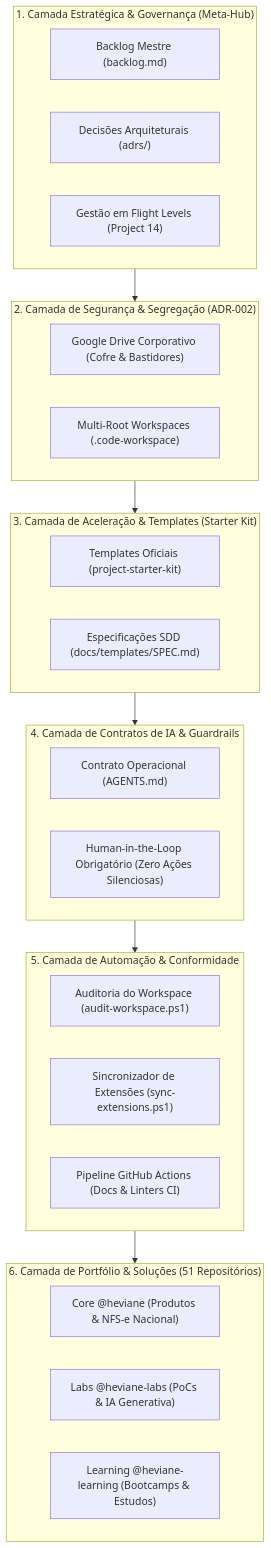
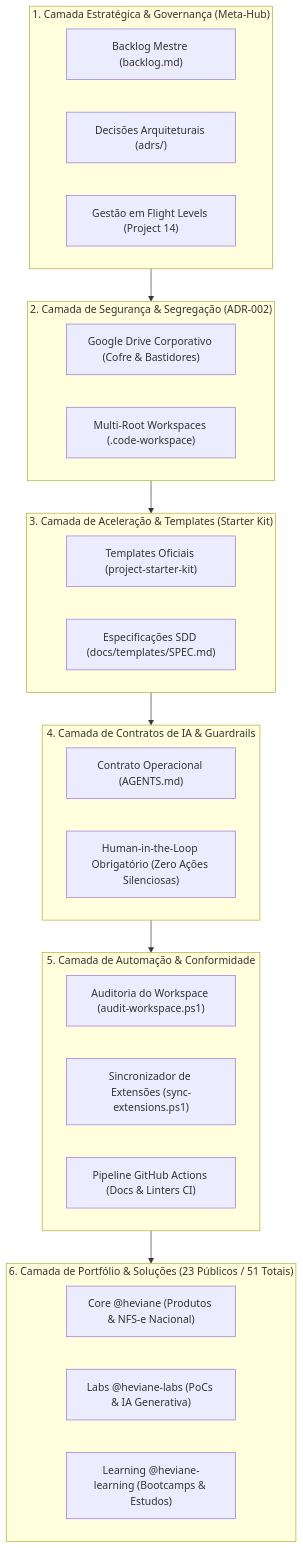
Before and after one commit to heviane/heviane: the diagram in meta-hub/adrs/003-formalizacao-arquitetura-ai-sep.md, drawn with Mermaid. The commit also changed 2 other files, not shown here.

Commit message:
docs(governance): align portfolio counts, sanitize mermaid diagrams and update backlog status

````diff
--- a/meta-hub/adrs/003-formalizacao-arquitetura-ai-sep.md
+++ b/meta-hub/adrs/003-formalizacao-arquitetura-ai-sep.md
@@ -36,41 +36,41 @@
 ```mermaid
 flowchart TD
     subgraph L1 ["1. Camada Estratégica & Governança (Meta-Hub)"]
         Backlog["Backlog Mestre (backlog.md)"]
         ADRs["Decisões Arquiteturais (adrs/)"]
         FlightLevels["Gestão em Flight Levels (Project 14)"]
     end
 
     subgraph L2 ["2. Camada de Segurança & Segregação (ADR-002)"]
         GDrive["Google Drive Corporativo (Cofre & Bastidores)"]
         MultiRoot["Multi-Root Workspaces (.code-workspace)"]
     end
 
     subgraph L3 ["3. Camada de Aceleração & Templates (Starter Kit)"]
         Templates["Templates Oficiais (project-starter-kit)"]
         SpecTemplate["Especificações SDD (docs/templates/SPEC.md)"]
     end
 
     subgraph L4 ["4. Camada de Contratos de IA & Guardrails"]
         AgentsContract["Contrato Operacional (AGENTS.md)"]
         HITL["Human-in-the-Loop Obrigatório (Zero Ações Silenciosas)"]
     end
 
     subgraph L5 ["5. Camada de Automação & Conformidade"]
         AuditScript["Auditoria do Workspace (audit-workspace.ps1)"]
         SyncScript["Sincronizador de Extensões (sync-extensions.ps1)"]
         DocsCI["Pipeline GitHub Actions (Docs & Linters CI)"]
     end
 
-    subgraph L6 ["6. Camada de Portfólio & Soluções (51 Repositórios)"]
+    subgraph L6 ["6. Camada de Portfólio & Soluções (23 Públicos / 51 Totais)"]
         Core["Core @heviane (Produtos & NFS-e Nacional)"]
         Labs["Labs @heviane-labs (PoCs & IA Generativa)"]
         Learning["Learning @heviane-learning (Bootcamps & Estudos)"]
     end
 
     L1 --> L2
     L2 --> L3
     L3 --> L4
     L4 --> L5
     L5 --> L6
 ```
````
